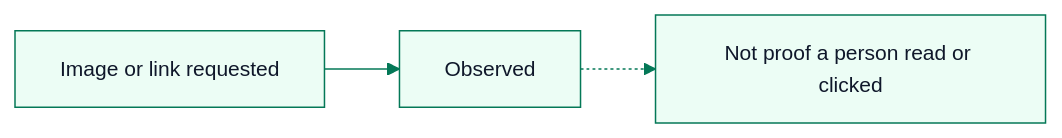
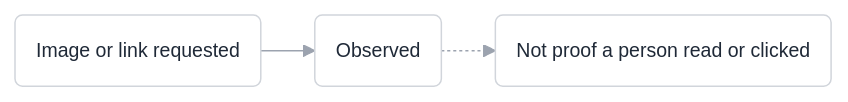
One commit to BharathVasireddy/marro-docs changed the diagram in guides/email-tracking.mdx. Above: the diagram before and after it, drawn with Mermaid. The commit also changed 95 other files, not shown here.

First line of the commit message:
One guide per settings screen, in the Settings menu's order, with diagrams only where they are needed

````diff
--- a/guides/email-tracking.mdx
+++ b/guides/email-tracking.mdx
@@ -33,6 +33,6 @@
 ```mermaid
-%%{init: {'theme':'base','themeVariables':{'primaryColor':'#ecfdf5','primaryBorderColor':'#047857','primaryTextColor':'#0f172a','lineColor':'#047857','fontSize':'14px'}}}%%
+%%{init: {'theme':'base','flowchart':{'curve':'basis','padding':14,'nodeSpacing':28,'rankSpacing':36},'themeVariables':{'primaryColor':'#ffffff','primaryBorderColor':'#d1d5db','primaryTextColor':'#1f2937','lineColor':'#9ca3af','fontFamily':'Inter, ui-sans-serif, sans-serif','fontSize':'13px','edgeLabelBackground':'#ffffff'}}}%%
 flowchart LR
-  A[Image or link requested] --> B[Observed]
-  B -.-> C[Not proof a person read or clicked]
+  A(Image or link requested) --> B(Observed)
+  B -.-> C(Not proof a person read or clicked)
 ```
````
